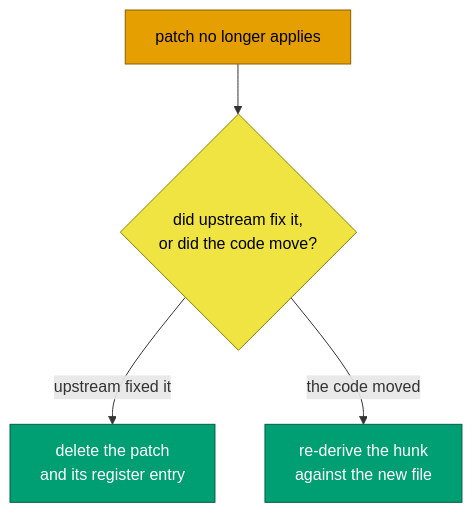
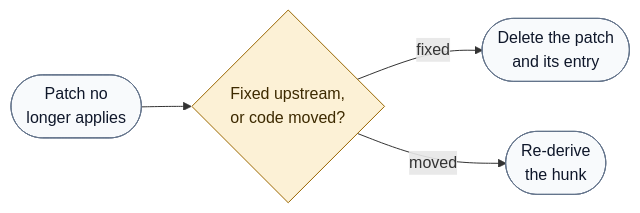
The third of 3 diagrams in docs/fork/sync-cycle.md (hyperi-io/dfe-hyperdx), drawn with Mermaid before and after one commit. The commit also changed other lines of this file and 24 other files, not shown here.

First line of the commit message:
docs(hyperdx): fix claims and redraw the fork docs diagrams

````diff
--- a/docs/fork/sync-cycle.md
+++ b/docs/fork/sync-cycle.md
@@ -229,13 +256,18 @@
 ```mermaid
-flowchart TB
-    stale["patch no longer applies"] --> q{"did upstream fix it,<br/>or did the code move?"}
-    q -->|upstream fixed it| drop["delete the patch<br/>and its register entry"]
-    q -->|the code moved| rederive["re-derive the hunk<br/>against the new file"]
+flowchart LR
+    accTitle: L4 Detail -- A patch that stops applying
+    accDescr: A patch that no longer applies means either upstream fixed it, so the patch and its register entry are deleted, or the code moved, so the hunk is re-derived against the new file.
 
-    classDef signal fill:#E69F00,stroke:#8a6100,color:#000000
-    classDef decision fill:#F0E442,stroke:#8a8200,color:#000000
-    classDef action fill:#009E73,stroke:#005f45,color:#ffffff
-    class stale signal
+    stale(["Patch no<br/>longer applies"])
+    q{"Fixed upstream,<br/>or code moved?"}
+    drop(["Delete the patch<br/>and its entry"])
+    rederive(["Re-derive<br/>the hunk"])
+
+    stale --> q
+    q -->|fixed| drop
+    q -->|moved| rederive
+
+    classDef default fill:#F8FAFC,stroke:#64748B,stroke-width:1px,color:#0F172A
+    classDef decision fill:#FCF1D6,stroke:#9A6700,stroke-width:1px,color:#3D2A00
     class q decision
-    class drop,rederive action
 ```
````
